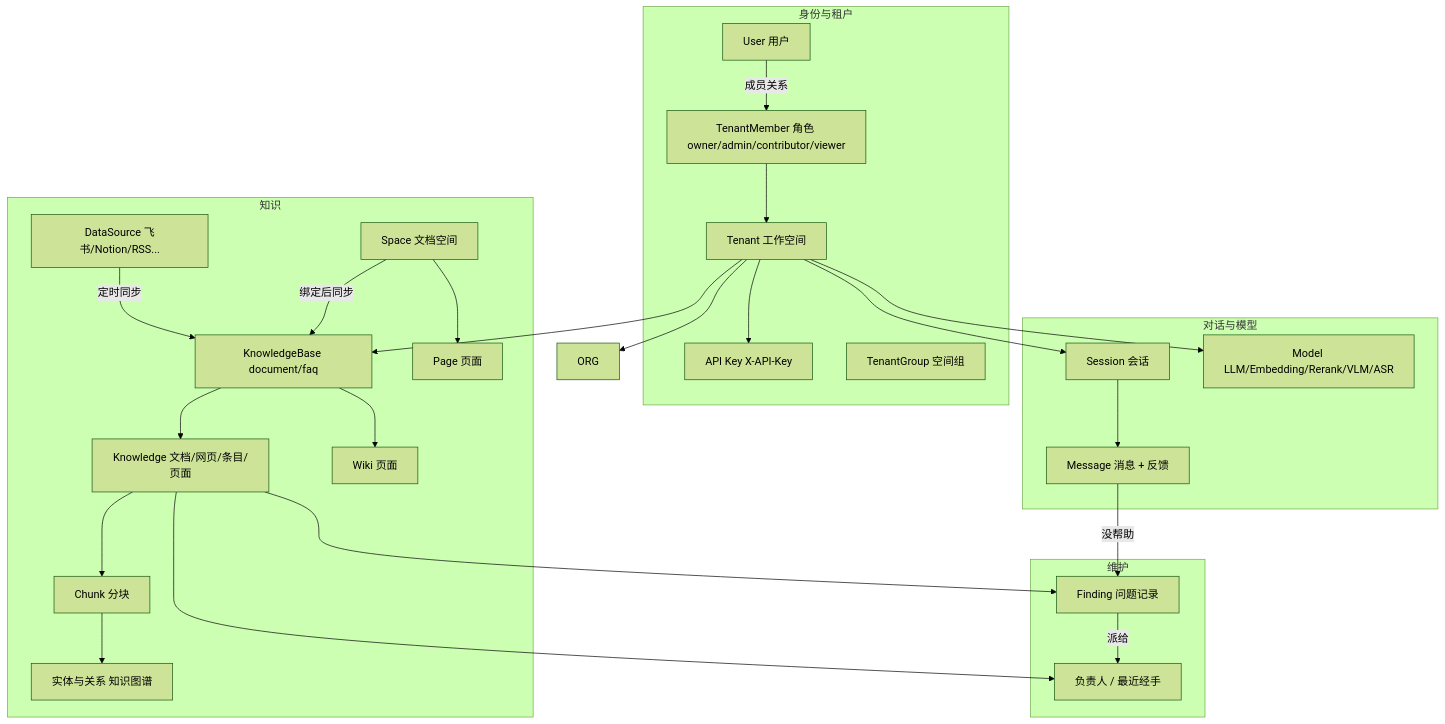
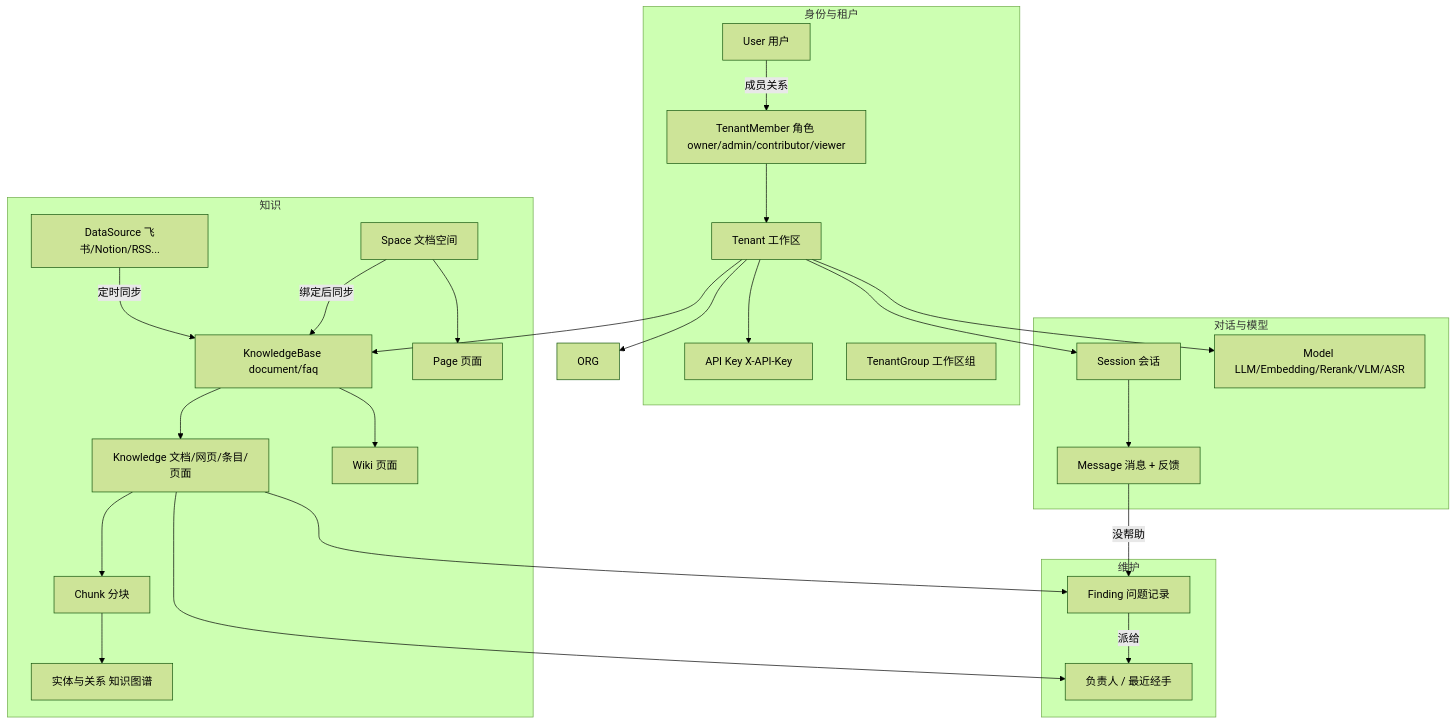
The first of 2 diagrams in website-docs/01-getting-started/01-introduction.md (magicyuan876/Yuheng), drawn with Mermaid (forest theme) before and after one commit. The commit also changed other lines of this file and 79 other files, not shown here.

````diff
--- a/website-docs/01-getting-started/01-introduction.md
+++ b/website-docs/01-getting-started/01-introduction.md
@@ -99,45 +99,45 @@
 ```mermaid
 flowchart TB
     subgraph identity["身份与租户"]
         U["User 用户"]
-        T["Tenant 工作空间"]
+        T["Tenant 工作区"]
         TM["TenantMember 角色 owner/admin/contributor/viewer"]
         AK["API Key X-API-Key"]
-        TG["TenantGroup 空间组"]
+        TG["TenantGroup 工作区组"]
     end
     subgraph knowledge["知识"]
         KB["KnowledgeBase document/faq"]
         K["Knowledge 文档/网页/条目/页面"]
         C["Chunk 分块"]
         W["Wiki 页面"]
         G["实体与关系 知识图谱"]
         DS["DataSource 飞书/Notion/RSS..."]
         SP["Space 文档空间"]
         P["Page 页面"]
     end
     subgraph health["维护"]
         F["Finding 问题记录"]
         O["负责人 / 最近经手"]
     end
     subgraph chat["对话与模型"]
         S["Session 会话"]
         MSG["Message 消息 + 反馈"]
         M["Model LLM/Embedding/Rerank/VLM/ASR"]
     end
     U -- "成员关系" --> TM --> T
     T --> AK
     T --> ORG
     T --> KB
     T --> M
     KB --> K --> C
     KB --> W
     C --> G
     DS -- "定时同步" --> KB
     SP --> P
     SP -- "绑定后同步" --> KB
     K --> O
     K --> F
     F -- "派给" --> O
     T --> S --> MSG
     MSG -- "没帮助" --> F
 ```
````
